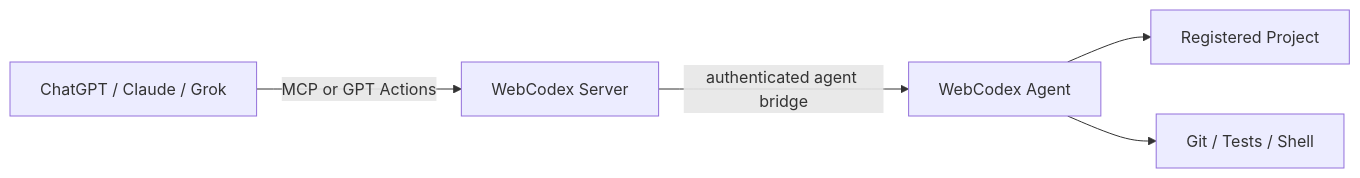
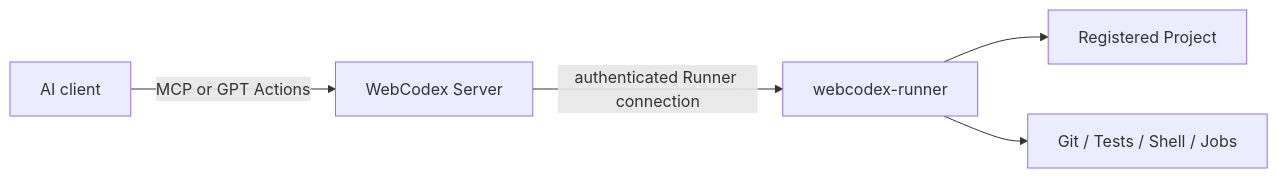
Before and after one commit to ITSGJY/webcodex: the first of 2 diagrams in docs/ARCHITECTURE.md, drawn with Mermaid. The commit also changed other lines of this file and 92 other files, not shown here.

````diff
--- a/docs/ARCHITECTURE.md
+++ b/docs/ARCHITECTURE.md
@@ -9,7 +13,7 @@
 ```mermaid
 flowchart LR
-  C[ChatGPT / Claude / Grok] -->|MCP or GPT Actions| S[WebCodex Server]
-  S -->|authenticated agent bridge| A[WebCodex Agent]
-  A --> P[Registered Project]
-  A --> G[Git / Tests / Shell]
+  C[AI client] -->|MCP or GPT Actions| S[WebCodex Server]
+  S -->|authenticated Runner connection| R[webcodex-runner]
+  R --> P[Registered Project]
+  R --> G[Git / Tests / Shell / Jobs]
 ```
````
